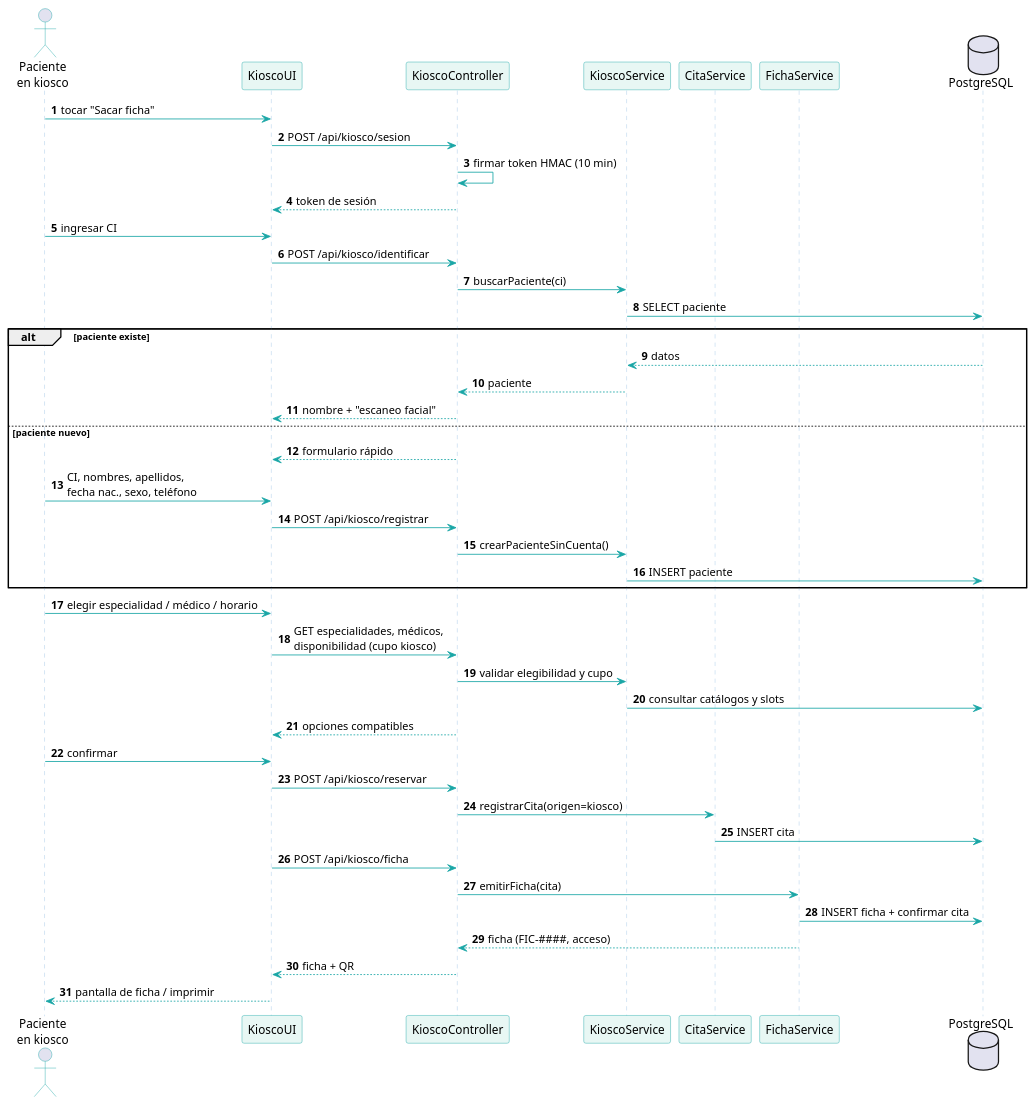
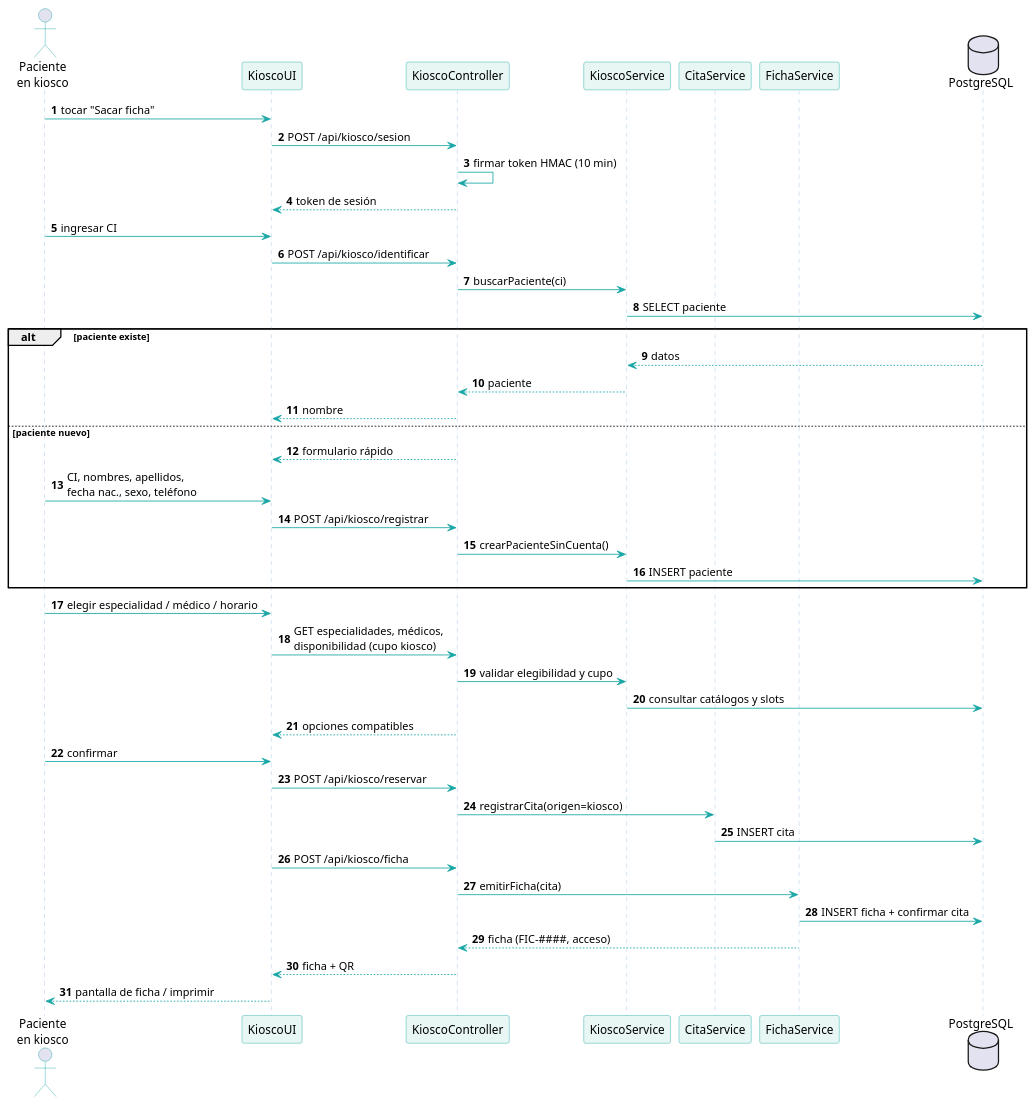
Before and after one commit to MattFrs12343/Cl-nica-Vida-Salud-Grupo-32: the diagram in docs/puds/diagramas/10_sec_kiosco.puml, drawn with PlantUML. The commit also changed 71 other files, not shown here.

```diff
--- a/docs/puds/diagramas/10_sec_kiosco.puml
+++ b/docs/puds/diagramas/10_sec_kiosco.puml
@@ -1,55 +1,55 @@
 @startuml
 skinparam defaultFontName Arial
 skinparam shadowing false
 skinparam sequence {
   ArrowColor #1AA6A6
   ActorBorderColor #1AA6A6
   LifeLineBorderColor #9CC3E5
   LifeLineBackgroundColor #F7FBFF
   ParticipantBorderColor #1AA6A6
   ParticipantBackgroundColor #E8F7F4
   FontSize 10
 }
 autonumber
 actor "Paciente\nen kiosco" as P
 participant "KioscoUI" as K
 participant "KioscoController" as C
 participant "KioscoService" as S
 participant "CitaService" as CS
 participant "FichaService" as FS
 database "PostgreSQL" as DB
 P -> K : tocar "Sacar ficha"
 K -> C : POST /api/kiosco/sesion
 C -> C : firmar token HMAC (10 min)
 C --> K : token de sesión
 P -> K : ingresar CI
 K -> C : POST /api/kiosco/identificar
 C -> S : buscarPaciente(ci)
 S -> DB : SELECT paciente
 alt paciente existe
   DB --> S : datos
   S --> C : paciente
-  C --> K : nombre + "escaneo facial"
+  C --> K : nombre
 else paciente nuevo
   C --> K : formulario rápido
   P -> K : CI, nombres, apellidos,\nfecha nac., sexo, teléfono
   K -> C : POST /api/kiosco/registrar
   C -> S : crearPacienteSinCuenta()
   S -> DB : INSERT paciente
 end
 P -> K : elegir especialidad / médico / horario
 K -> C : GET especialidades, médicos,\ndisponibilidad (cupo kiosco)
 C -> S : validar elegibilidad y cupo
 S -> DB : consultar catálogos y slots
 C --> K : opciones compatibles
 P -> K : confirmar
 K -> C : POST /api/kiosco/reservar
 C -> CS : registrarCita(origen=kiosco)
 CS -> DB : INSERT cita
 K -> C : POST /api/kiosco/ficha
 C -> FS : emitirFicha(cita)
 FS -> DB : INSERT ficha + confirmar cita
 FS --> C : ficha (FIC-####, acceso)
 C --> K : ficha + QR
 K --> P : pantalla de ficha / imprimir
 @enduml
```
